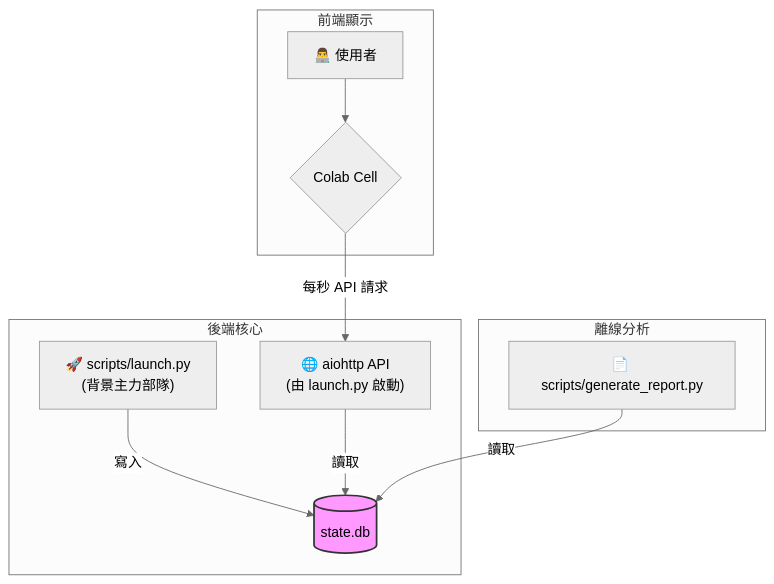
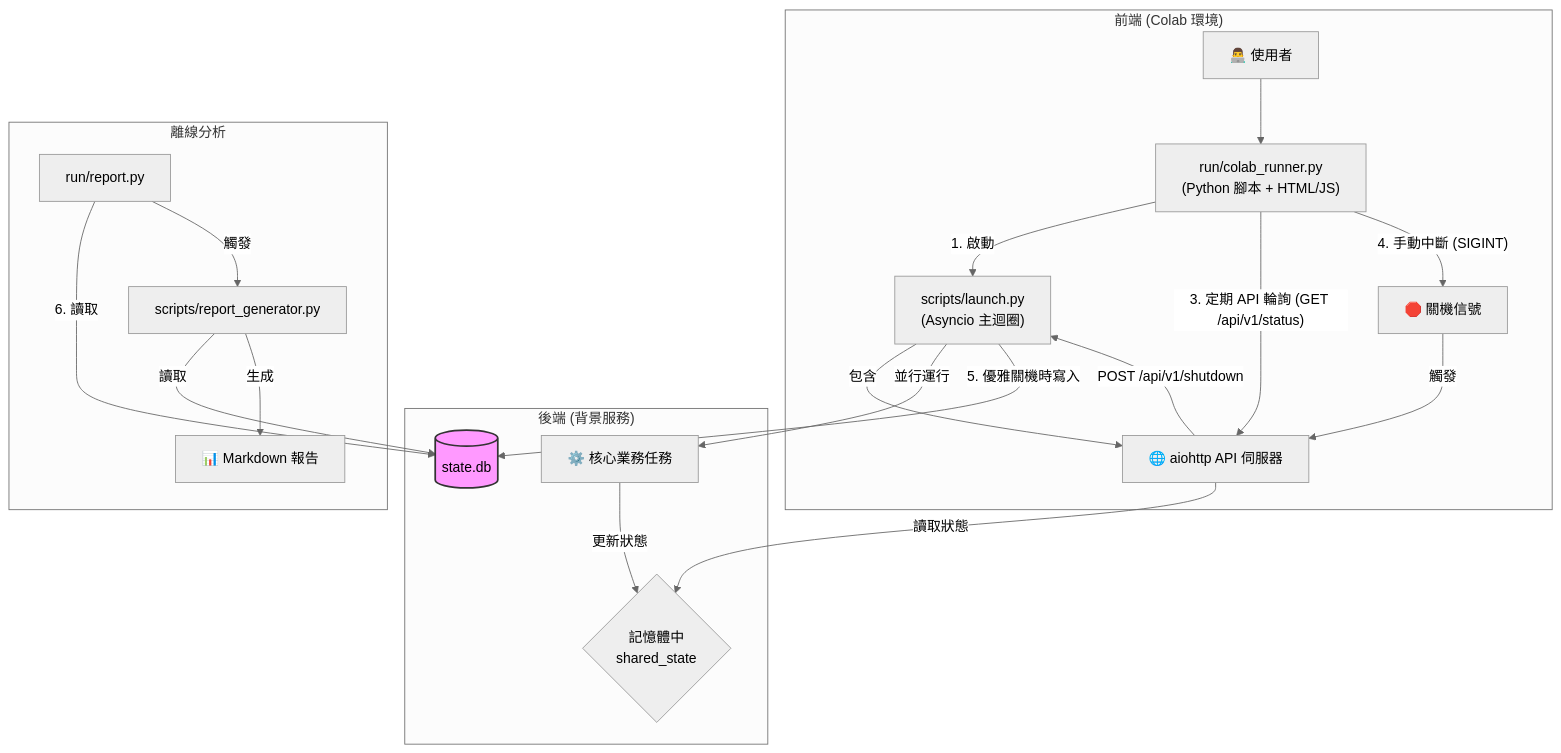
Before and after one commit to hsp1234-web/WEB_0802: the diagram in docs/ARCHITECTURE.md, drawn with Mermaid (neutral theme). The commit also changed other lines of this file and 7 other files, not shown here.

````diff
--- a/docs/ARCHITECTURE.md
+++ b/docs/ARCHITECTURE.md
@@ -102,18 +39,27 @@
 ```mermaid
 graph TD
-    subgraph "後端核心"
-        D["🚀 scripts/launch.py<br>(背景主力部隊)"] -- 寫入 --> C[(state.db)];
-        E["🌐 aiohttp API<br>(由 launch.py 啟動)"] -- 讀取 --> C;
+    subgraph "前端 (Colab 環境)"
+        A[👨‍💻 使用者] --> B["run/colab_runner.py<br>(Python 腳本 + HTML/JS)"];
+        B -- 1. 啟動 --> C;
+        B -- 3. 定期 API 輪詢 (GET /api/v1/status) --> D;
+        B -- 4. 手動中斷 (SIGINT) --> E;
     end
 
-    subgraph "前端顯示"
-        A[👨‍💻 使用者] --> B{Colab Cell};
-        B -- 每秒 API 請求 --> E;
+    subgraph "後端 (背景服務)"
+        C["scripts/launch.py<br>(Asyncio 主迴圈)"] -- 包含 --> D[🌐 aiohttp API 伺服器];
+        C -- 並行運行 --> F[⚙️ 核心業務任務];
+        F -- 更新狀態 --> G{記憶體中<br>shared_state};
+        D -- 讀取狀態 --> G;
+        E[🛑 關機信號] -- 觸發 --> D -- POST /api/v1/shutdown --> C;
+        C -- 5. 優雅關機時寫入 --> H[(state.db)];
     end
 
     subgraph "離線分析"
-        F["📄 scripts/generate_report.py"] -- 讀取 --> C;
+        I["run/report.py"] -- 6. 讀取 --> H;
+        I -- 觸發 --> J["scripts/report_generator.py"];
+        J -- 讀取 --> H;
+        J -- 生成 --> K[📊 Markdown 報告];
     end
 
-    style C fill:#f9f,stroke:#333,stroke-width:2px
+    style H fill:#f9f,stroke:#333,stroke-width:2px
 ```
````
